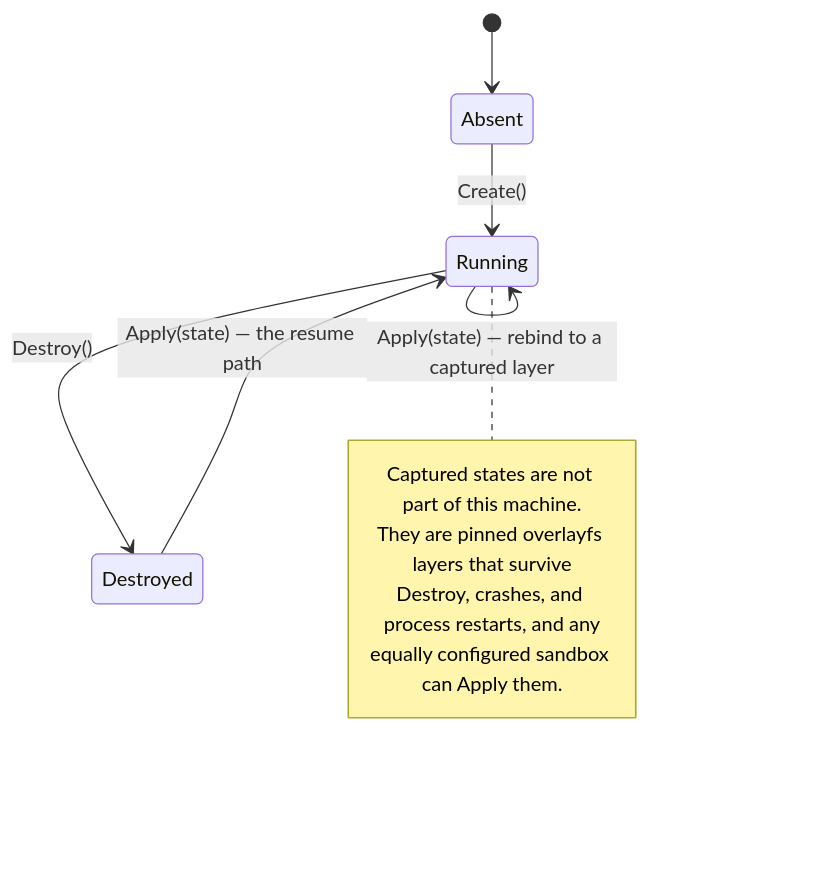
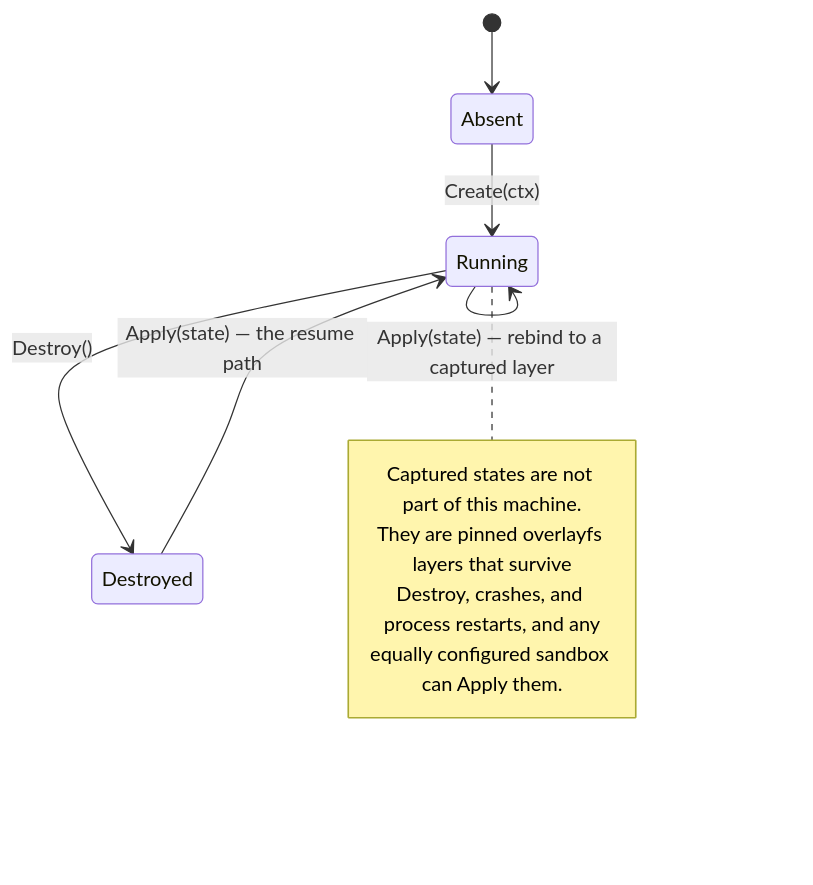
One commit to buchenberg/croft changed the second of 4 diagrams in docs/overview.md. Above: the diagram before and after it, drawn with Mermaid. The commit also changed other lines of this file and 3 other files, not shown here.

````diff
--- a/docs/overview.md
+++ b/docs/overview.md
@@ -68,18 +66,18 @@
 ```mermaid
 stateDiagram-v2
     [*] --> Absent
 
-    Absent --> Running: Create()
-    Running --> Running: Exec / ReadFile / WriteFile / Diff
+    Absent --> Running: Create(ctx)
+    Running --> Running: Exec / ReadFile / WriteFile
     Running --> Running: Capture() — commit, pin, continue on a fresh layer
     Running --> Running: Apply(state) — rebind to a captured layer
     Running --> Destroyed: Destroy()
     Destroyed --> Running: Apply(state) — the resume path
 
     note right of Running
         Captured states are not part of this machine.
         They are pinned overlayfs layers that survive
         Destroy, crashes, and process restarts, and any
         equally configured sandbox can Apply them.
     end note
 ```
````
